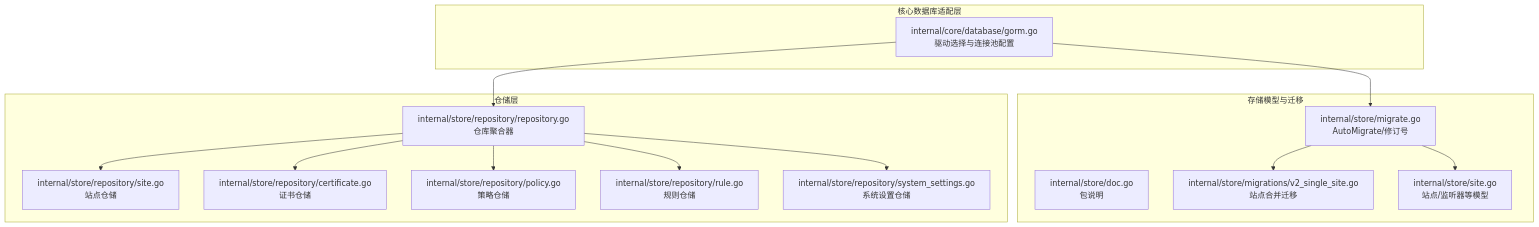
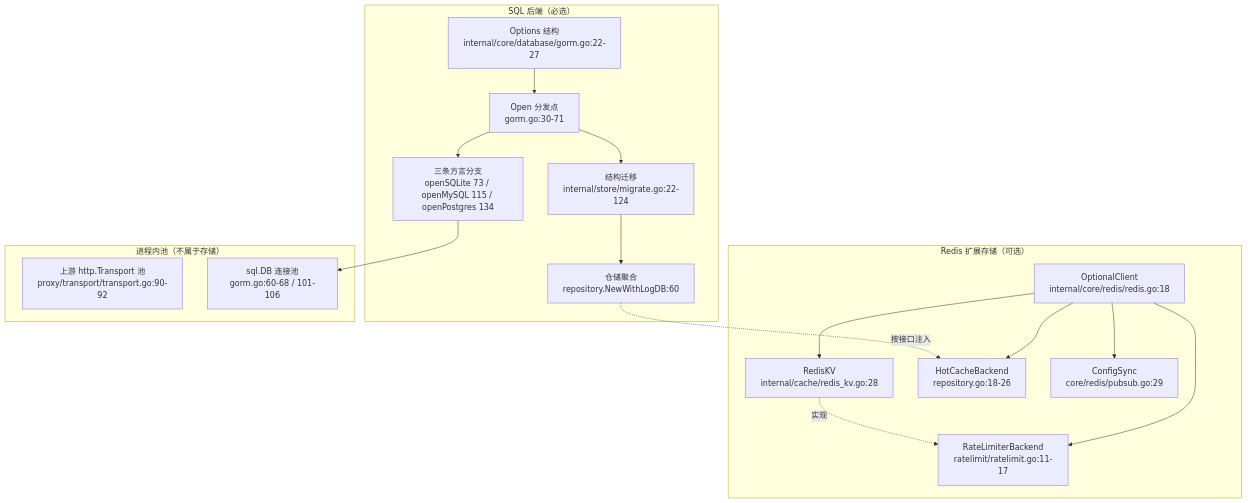
Before and after one commit to x01n/My-OpenWaf: the first of 6 diagrams in docs/扩展与插件系统/存储后端扩展/存储后端扩展.md, drawn with Mermaid. The commit also changed other lines of this file and 622 other files, not shown here.

````diff
--- a/docs/扩展与插件系统/存储后端扩展/存储后端扩展.md
+++ b/docs/扩展与插件系统/存储后端扩展/存储后端扩展.md
@@ -43,29 +52,30 @@
 ```mermaid
 graph TB
-subgraph "核心数据库适配层"
-CORE_G["internal/core/database/gorm.go<br/>驱动选择与连接池配置"]
+subgraph "SQL 后端（必选）"
+OPT["Options 结构<br/>internal/core/database/gorm.go:22-27"]
+OPEN["Open 分发点<br/>gorm.go:30-71"]
+DIALECT["三条方言分支<br/>openSQLite 73 / openMySQL 115 / openPostgres 134"]
+MIG["结构迁移<br/>internal/store/migrate.go:22-124"]
+REPOS["仓储聚合<br/>repository.NewWithLogDB:60"]
 end
-subgraph "存储模型与迁移"
-STORE_DOC["internal/store/doc.go<br/>包说明"]
-STORE_MIGRATE["internal/store/migrate.go<br/>AutoMigrate/修订号"]
-MIG_V2["internal/store/migrations/v2_single_site.go<br/>站点合并迁移"]
-STORE_MODELS["internal/store/site.go<br/>站点/监听器等模型"]
+subgraph "Redis 扩展存储（可选）"
+RCLI["OptionalClient<br/>internal/core/redis/redis.go:18"]
+KV["RedisKV<br/>internal/cache/redis_kv.go:28"]
+RLB["RateLimiterBackend<br/>ratelimit/ratelimit.go:11-17"]
+HOT["HotCacheBackend<br/>repository.go:18-26"]
+SYNC["ConfigSync<br/>core/redis/pubsub.go:29"]
 end
-subgraph "仓储层"
-REPOS_AGG["internal/store/repository/repository.go<br/>仓库聚合器"]
-REPO_SITE["internal/store/repository/site.go<br/>站点仓储"]
-REPO_CERT["internal/store/repository/certificate.go<br/>证书仓储"]
-REPO_POLICY["internal/store/repository/policy.go<br/>策略仓储"]
-REPO_RULE["internal/store/repository/rule.go<br/>规则仓储"]
-REPO_SYS["internal/store/repository/system_settings.go<br/>系统设置仓储"]
+subgraph "进程内池（不属于存储）"
+HTTPPOOL["上游 http.Transport 池<br/>proxy/transport/transport.go:90-92"]
+DBPOOL["sql.DB 连接池<br/>gorm.go:60-68 / 101-106"]
 end
-CORE_G --> STORE_MIGRATE
-STORE_MIGRATE --> STORE_MODELS
-STORE_MIGRATE --> MIG_V2
-CORE_G --> REPOS_AGG
-REPOS_AGG --> REPO_SITE
-REPOS_AGG --> REPO_CERT
-REPOS_AGG --> REPO_POLICY
-REPOS_AGG --> REPO_RULE
-REPOS_AGG --> REPO_SYS
+OPT --> OPEN --> DIALECT
+DIALECT --> DBPOOL
+OPEN --> MIG --> REPOS
+RCLI --> KV
+RCLI --> RLB
+RCLI --> HOT
+RCLI --> SYNC
+REPOS -.按接口注入.-> HOT
+KV -.实现.-> RLB
 ```
````
